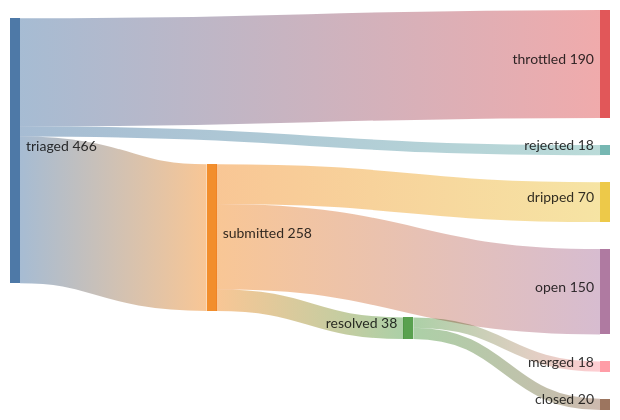
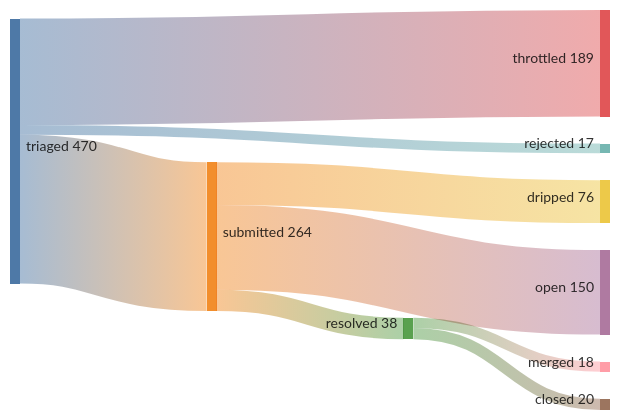
Before and after one commit to kimjune01/kimjune01: the diagram in README.md, drawn with Mermaid. The commit also changed other lines of this file and 1 other file, not shown here.

Commit message:
stats: 18/38 = 47% (06:02 UTC)

````diff
--- a/README.md
+++ b/README.md
@@ -3,11 +3,11 @@
 ```mermaid
 sankey-beta
-    triaged,    submitted, 258
-    triaged,    throttled, 190
-    triaged,    rejected,  18
+    triaged,    submitted, 264
+    triaged,    throttled, 189
+    triaged,    rejected,  17
     submitted,  resolved,  38
-    submitted,  dripped,   70
+    submitted,  dripped,   76
     submitted,  open,      150
     resolved,   merged,    18
     resolved,   closed,    20
 ```
````
